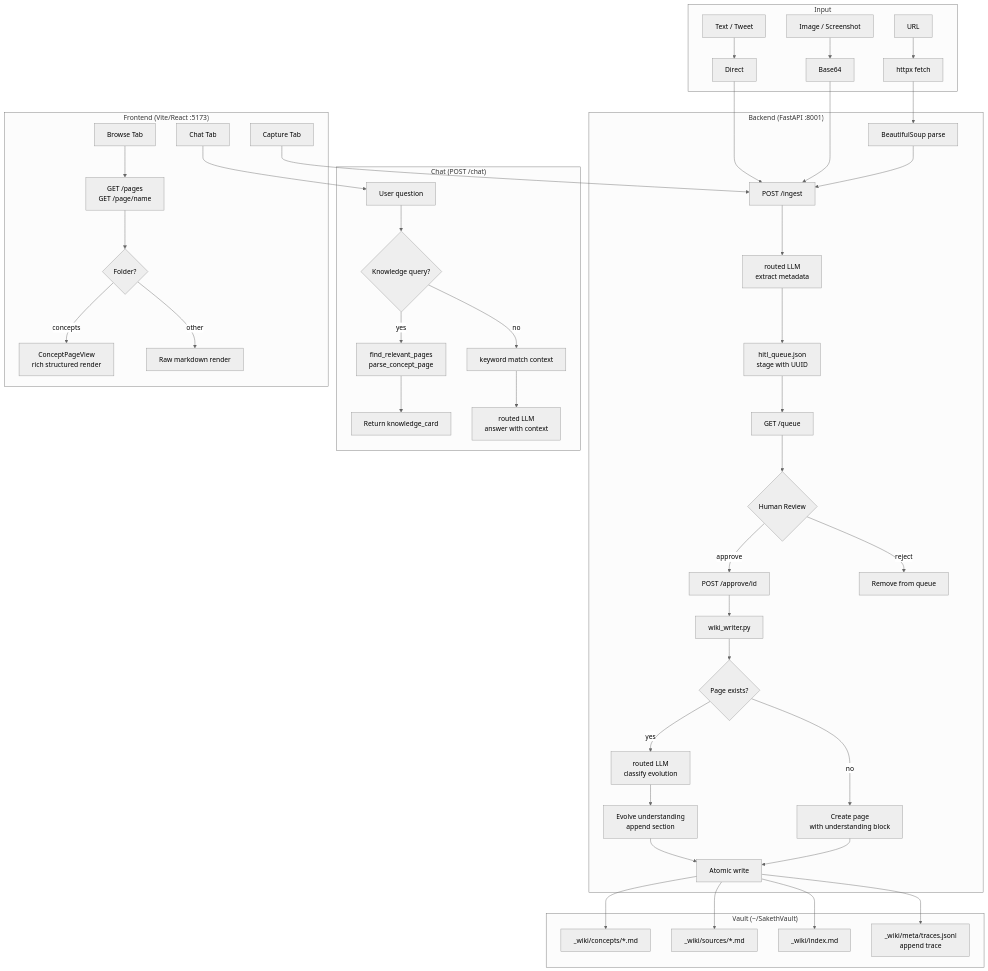
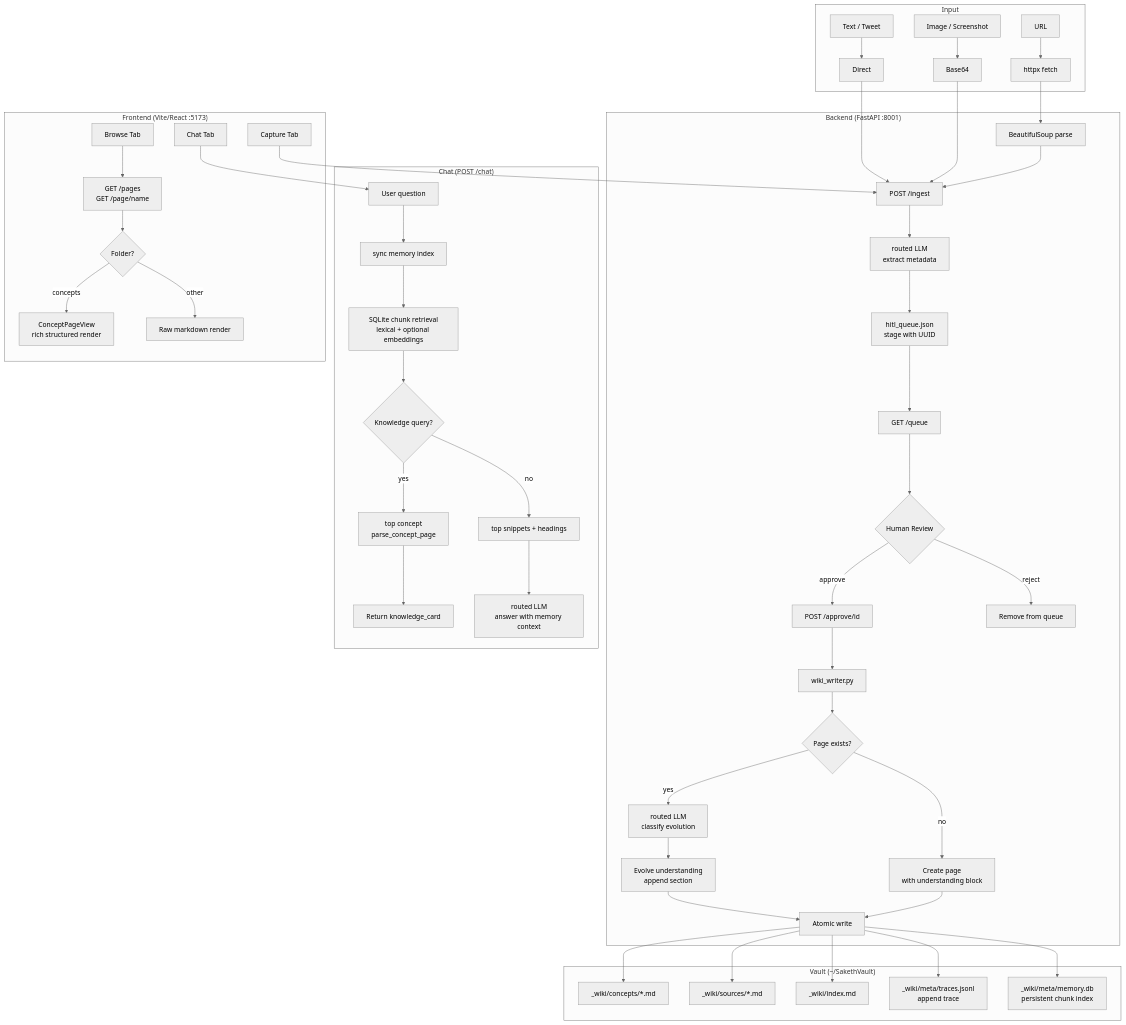
One commit to Sakethv7/SakethWiki changed the second of 3 diagrams in CONCEPTS.md. Above: the diagram before and after it, drawn with Mermaid (neutral theme). The commit also changed other lines of this file and 7 other files, not shown here.

````diff
--- a/CONCEPTS.md
+++ b/CONCEPTS.md
@@ -15,52 +15,55 @@
 ```mermaid
 graph TB
     subgraph Input
         A[URL] --> B[httpx fetch]
         C[Text / Tweet] --> D[Direct]
         E[Image / Screenshot] --> F[Base64]
     end
 
     subgraph Backend["Backend (FastAPI :8001)"]
         B --> G[BeautifulSoup parse]
         D --> H
         F --> H
         G --> H[POST /ingest]
         H --> I[routed LLM\nextract metadata]
         I --> J[hitl_queue.json\nstage with UUID]
         J --> K[GET /queue]
         K --> L{Human Review}
         L -- approve --> M[POST /approve/id]
         L -- reject --> N[Remove from queue]
         M --> O[wiki_writer.py]
         O --> P{Page exists?}
         P -- yes --> Q[routed LLM\nclassify evolution]
         P -- no --> R[Create page\nwith understanding block]
         Q --> S[Evolve understanding\nappend section]
         S --> T[Atomic write]
         R --> T
     end
 
     subgraph Vault["Vault (~/SakethVault)"]
         T --> U[_wiki/concepts/*.md]
         T --> V[_wiki/sources/*.md]
         T --> W[_wiki/index.md]
         T --> TR[_wiki/meta/traces.jsonl\nappend trace]
+        T --> MM[_wiki/meta/memory.db\npersistent chunk index]
     end
 
     subgraph Chat["Chat (POST /chat)"]
-        X[User question] --> Y{Knowledge query?}
-        Y -- yes --> Z[find_relevant_pages\nparse_concept_page]
-        Y -- no --> AA[keyword match context]
+        X[User question] --> MX[sync memory index]
+        MX --> MY[SQLite chunk retrieval\nlexical + optional embeddings]
+        MY --> Y{Knowledge query?}
+        Y -- yes --> Z[top concept\nparse_concept_page]
+        Y -- no --> AA[top snippets + headings]
         Z --> AB[Return knowledge_card]
-        AA --> AC[routed LLM\nanswer with context]
+        AA --> AC[routed LLM\nanswer with memory context]
     end
 
     subgraph Frontend["Frontend (Vite/React :5173)"]
         CA[Capture Tab] --> H
         CB[Chat Tab] --> X
         CC[Browse Tab] --> CD[GET /pages\nGET /page/name]
         CD --> CE{Folder?}
         CE -- concepts --> CF[ConceptPageView\nrich structured render]
         CE -- other --> CG[Raw markdown render]
     end
 ```
````
